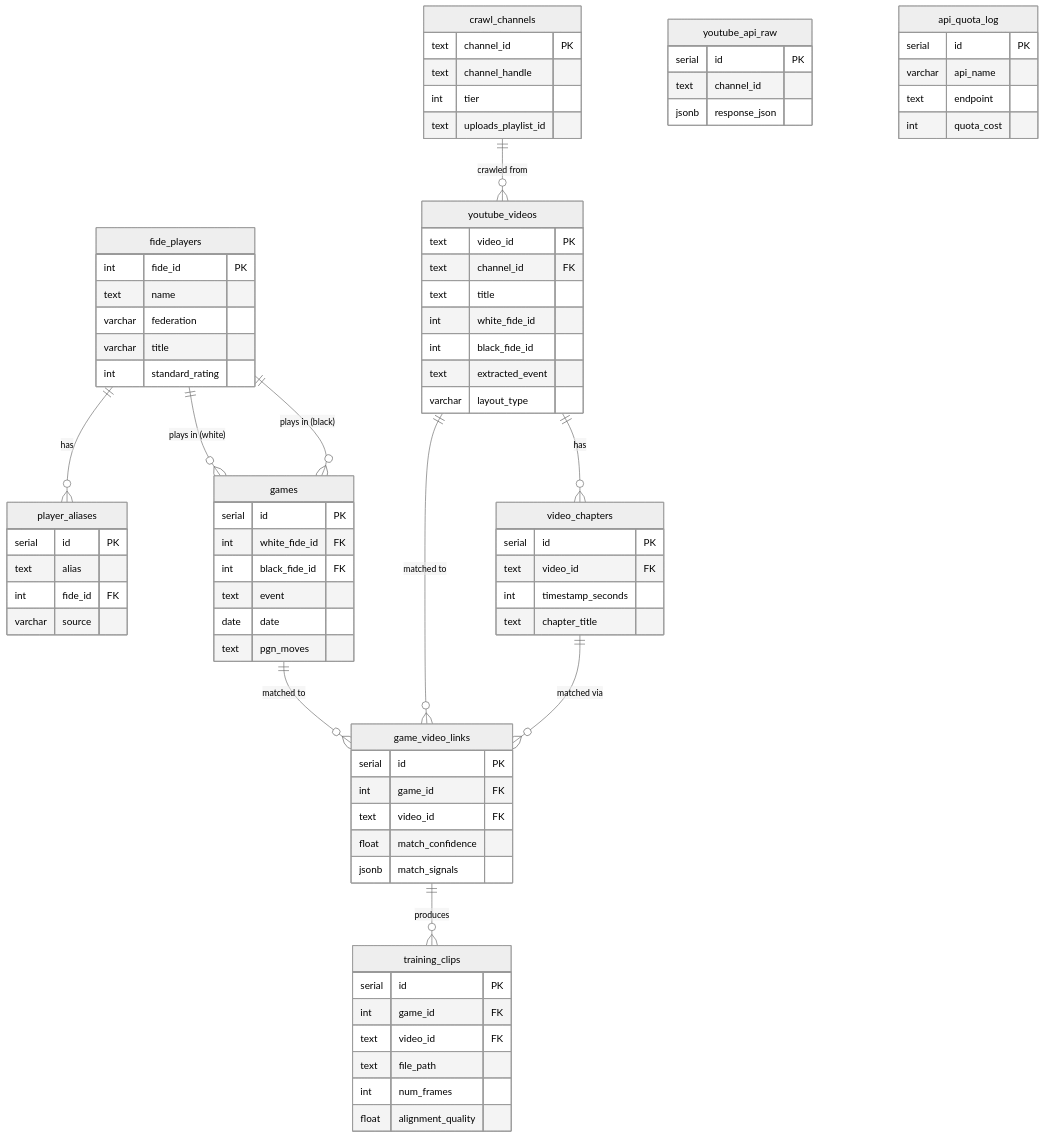
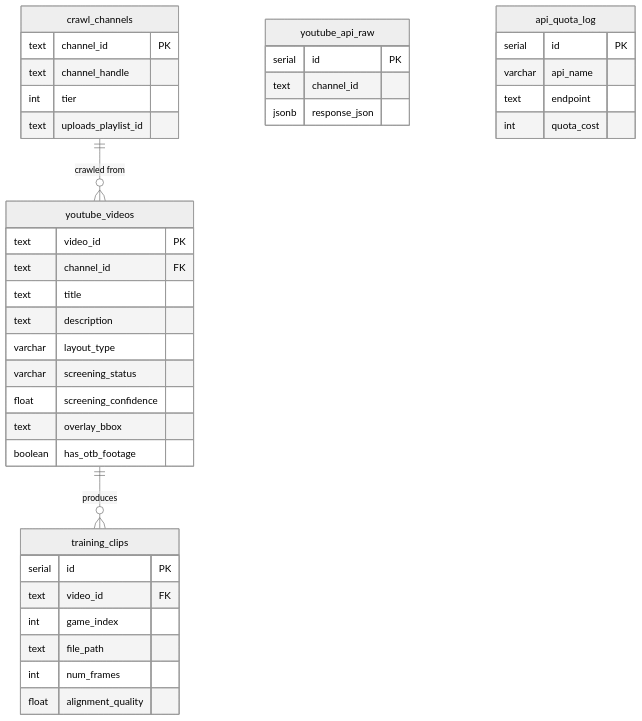
Before and after one commit to dscape/argus: the eighth of 8 diagrams in README.md, drawn with Mermaid (neutral theme). The commit also changed other lines of this file and 48 other files, not shown here.

````diff
--- a/README.md
+++ b/README.md
@@ -869,81 +791,42 @@
 ```mermaid
 erDiagram
-    fide_players ||--o{ player_aliases : "has"
-    fide_players ||--o{ games : "plays in (white)"
-    fide_players ||--o{ games : "plays in (black)"
-    games ||--o{ game_video_links : "matched to"
-    youtube_videos ||--o{ game_video_links : "matched to"
-    youtube_videos ||--o{ video_chapters : "has"
-    video_chapters ||--o{ game_video_links : "matched via"
-    game_video_links ||--o{ training_clips : "produces"
     crawl_channels ||--o{ youtube_videos : "crawled from"
+    youtube_videos ||--o{ training_clips : "produces"
 
-    fide_players {
-        int fide_id PK
-        text name
-        varchar federation
-        varchar title
-        int standard_rating
-    }
-    player_aliases {
-        serial id PK
-        text alias
-        int fide_id FK
-        varchar source
-    }
-    games {
-        serial id PK
-        int white_fide_id FK
-        int black_fide_id FK
-        text event
-        date date
-        text pgn_moves
-    }
     crawl_channels {
         text channel_id PK
         text channel_handle
         int tier
         text uploads_playlist_id
     }
     youtube_videos {
         text video_id PK
         text channel_id FK
         text title
-        int white_fide_id
-        int black_fide_id
-        text extracted_event
+        text description
         varchar layout_type
-    }
-    video_chapters {
-        serial id PK
-        text video_id FK
-        int timestamp_seconds
-        text chapter_title
-    }
-    game_video_links {
-        serial id PK
-        int game_id FK
-        text video_id FK
-        float match_confidence
-        jsonb match_signals
+        varchar screening_status
+        float screening_confidence
+        text overlay_bbox
+        boolean has_otb_footage
     }
     training_clips {
         serial id PK
-        int game_id FK
         text video_id FK
+        int game_index
         text file_path
         int num_frames
         float alignment_quality
     }
     youtube_api_raw {
         serial id PK
         text channel_id
         jsonb response_json
     }
     api_quota_log {
         serial id PK
         varchar api_name
         text endpoint
         int quota_cost
     }
 ```
````
